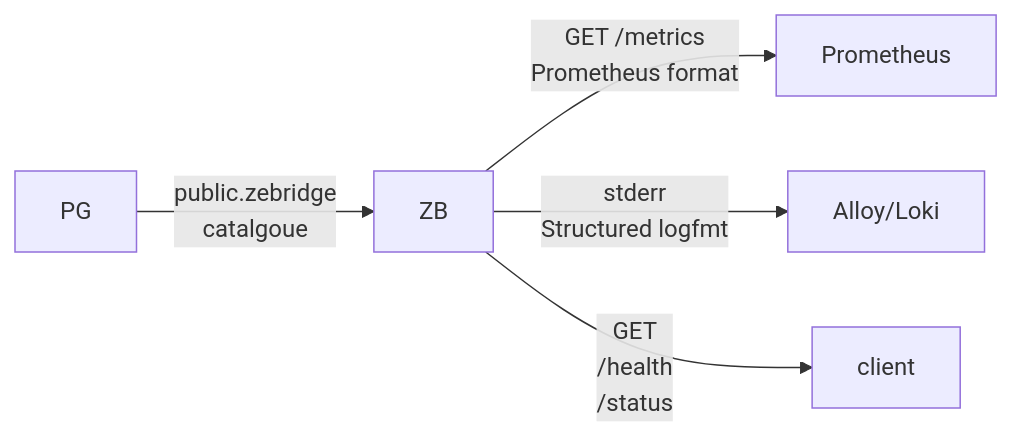
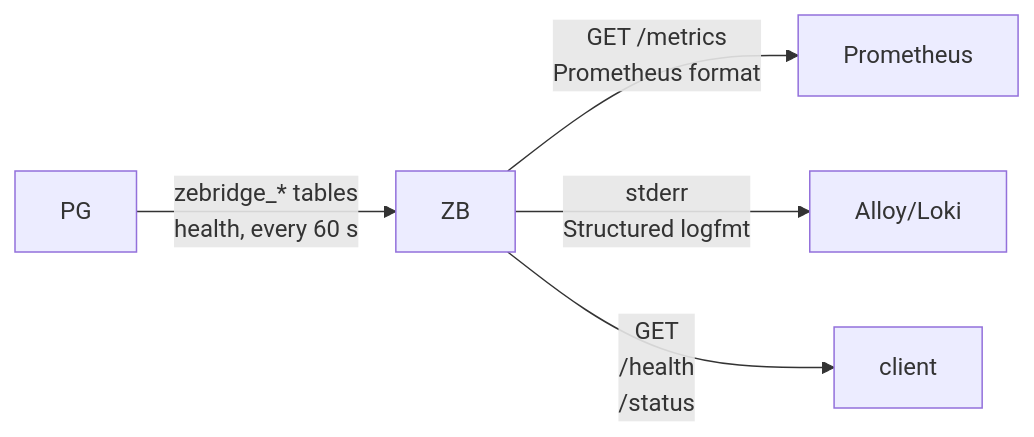
One commit to ndrean/ZeBridge changed the diagram in OBSERVABILITY_TELEMETRY.md. Above: the diagram before and after it, drawn with Mermaid. The commit also changed other lines of this file and 8 other files, not shown here.

````diff
--- a/OBSERVABILITY_TELEMETRY.md
+++ b/OBSERVABILITY_TELEMETRY.md
@@ -5,8 +5,8 @@
 ```mermaid
 flowchart LR
     PG[PG]
     B[ZB] -->|GET /metrics<br/>Prometheus format| Prometheus
-    PG-->|public.zebridge <br>catalgoue|B
+    PG-->|zebridge_* tables<br>health, every 60 s|B
     B -->|stderr<br/>Structured logfmt| Alloy/Loki
     B -->|GET <br>/health <br>/status| client
 ```
````
